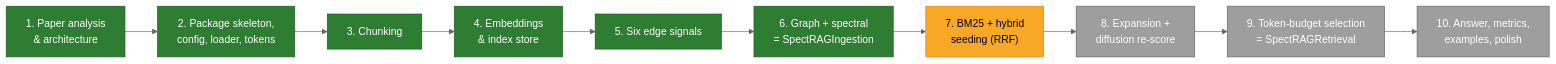
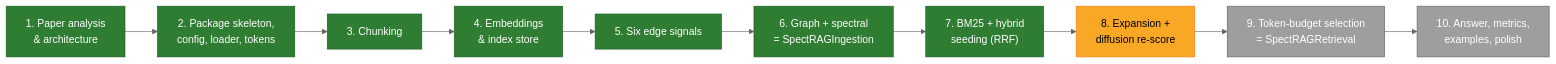
The fifth of 11 diagrams in README.md (aion7891/Spect-RAG), drawn with Mermaid (neutral theme) before and after one commit. The commit also changed other lines of this file and 6 other files, not shown here.

Commit message:
feat: Phase 7 – BM25 and hybrid seed retrieval (dense + BM25 + utility, RRF)

````diff
--- a/README.md
+++ b/README.md
@@ -444,15 +455,15 @@
 ```mermaid
 flowchart LR
     P1["1. Paper analysis<br/>& architecture"]:::done --> P2["2. Package skeleton,<br/>config, loader, tokens"]:::done
     P2 --> P3["3. Chunking"]:::done
     P3 --> P4["4. Embeddings<br/>& index store"]:::done
     P4 --> P5["5. Six edge signals"]:::done
     P5 --> P6["6. Graph + spectral<br/>= SpectRAGIngestion"]:::done
-    P6 --> P7["7. BM25 + hybrid<br/>seeding (RRF)"]:::doing
-    P7 --> P8["8. Expansion +<br/>diffusion re-score"]:::todo
+    P6 --> P7["7. BM25 + hybrid<br/>seeding (RRF)"]:::done
+    P7 --> P8["8. Expansion +<br/>diffusion re-score"]:::doing
     P8 --> P9["9. Token-budget selection<br/>= SpectRAGRetrieval"]:::todo
     P9 --> P10["10. Answer, metrics,<br/>examples, polish"]:::todo
     classDef done fill:#2e7d32,color:#fff,stroke:#1b5e20
     classDef doing fill:#f9a825,color:#000,stroke:#f57f17
     classDef todo fill:#9e9e9e,color:#fff,stroke:#616161
 ```
````
